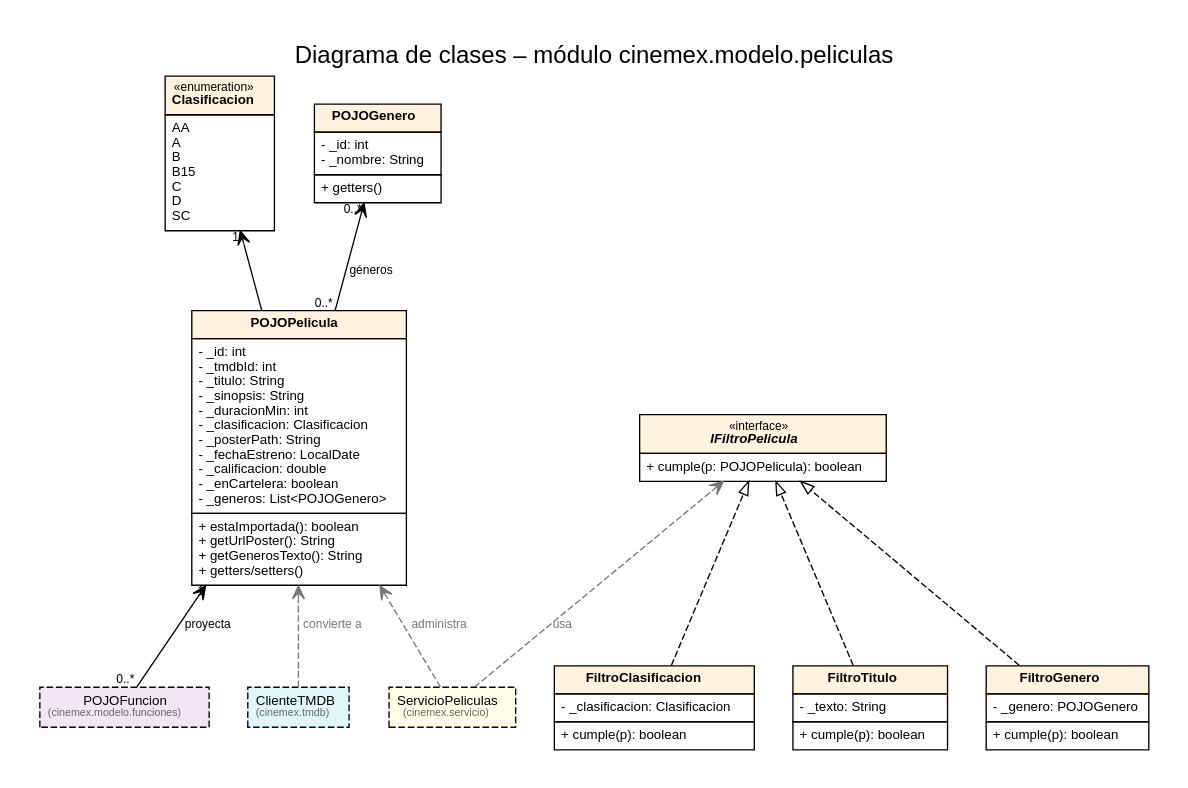
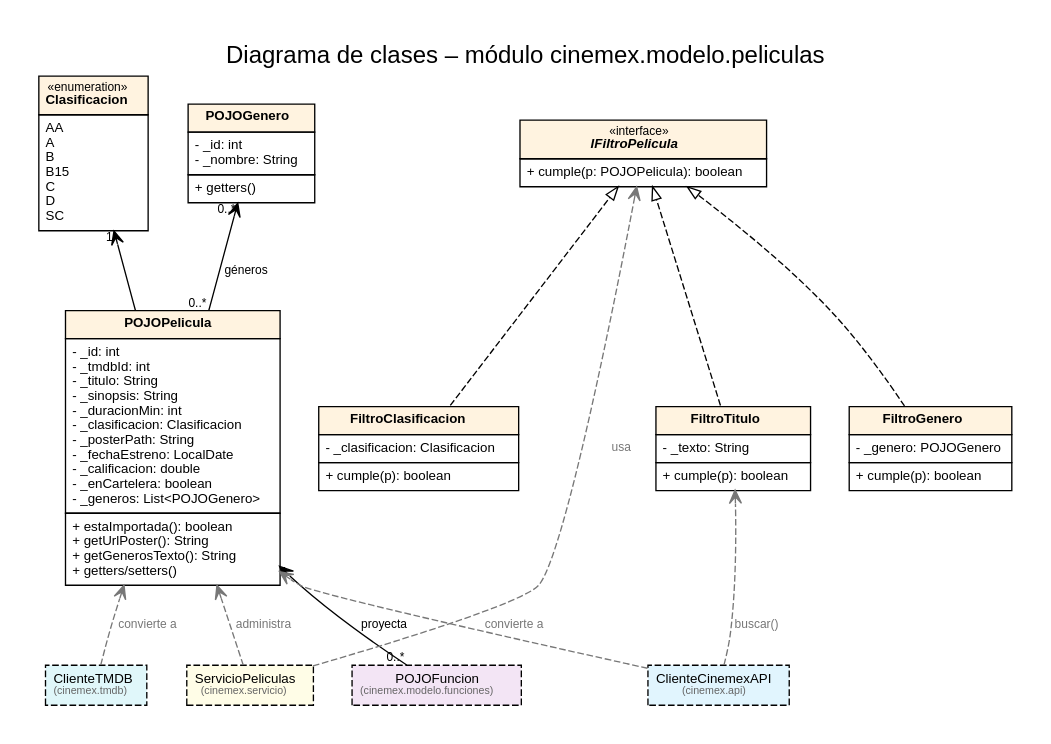
The diagram in docs/entrega2/diagramas/clases_peliculas.dot (JuanPablo4213/proyectofinal-cine-poo-otono-26), drawn with Graphviz before and after one commit. The commit also changed 31 other files, not shown here.

```diff
--- a/docs/entrega2/diagramas/clases_peliculas.dot
+++ b/docs/entrega2/diagramas/clases_peliculas.dot
@@ -1,24 +1,27 @@
 digraph G {
 graph [rankdir=BT, nodesep=0.4, ranksep=0.7, fontname="Helvetica", label="Diagrama de clases – módulo cinemex.modelo.peliculas", labelloc=t, fontsize=18, pad=0.3];
 node [shape=plain, fontname="Helvetica", fontsize=10];
 edge [fontname="Helvetica", fontsize=9];
 "Clasificacion" [label=<<TABLE BORDER="0" CELLBORDER="1" CELLSPACING="0" CELLPADDING="4"><TR><TD BGCOLOR="#FFF3E0"><FONT POINT-SIZE="9">«enumeration»</FONT><BR/><B>Clasificacion</B></TD></TR><TR><TD ALIGN="LEFT" BALIGN="LEFT">AA<BR ALIGN="LEFT"/>A<BR ALIGN="LEFT"/>B<BR ALIGN="LEFT"/>B15<BR ALIGN="LEFT"/>C<BR ALIGN="LEFT"/>D<BR ALIGN="LEFT"/>SC<BR ALIGN="LEFT"/></TD></TR></TABLE>>];
 "POJOGenero" [label=<<TABLE BORDER="0" CELLBORDER="1" CELLSPACING="0" CELLPADDING="4"><TR><TD BGCOLOR="#FFF3E0"><B>POJOGenero</B></TD></TR><TR><TD ALIGN="LEFT" BALIGN="LEFT">- _id: int<BR ALIGN="LEFT"/>- _nombre: String<BR ALIGN="LEFT"/></TD></TR><TR><TD ALIGN="LEFT" BALIGN="LEFT">+ getters()<BR ALIGN="LEFT"/></TD></TR></TABLE>>];
 "POJOPelicula" [label=<<TABLE BORDER="0" CELLBORDER="1" CELLSPACING="0" CELLPADDING="4"><TR><TD BGCOLOR="#FFF3E0"><B>POJOPelicula</B></TD></TR><TR><TD ALIGN="LEFT" BALIGN="LEFT">- _id: int<BR ALIGN="LEFT"/>- _tmdbId: int<BR ALIGN="LEFT"/>- _titulo: String<BR ALIGN="LEFT"/>- _sinopsis: String<BR ALIGN="LEFT"/>- _duracionMin: int<BR ALIGN="LEFT"/>- _clasificacion: Clasificacion<BR ALIGN="LEFT"/>- _posterPath: String<BR ALIGN="LEFT"/>- _fechaEstreno: LocalDate<BR ALIGN="LEFT"/>- _calificacion: double<BR ALIGN="LEFT"/>- _enCartelera: boolean<BR ALIGN="LEFT"/>- _generos: List&lt;POJOGenero&gt;<BR ALIGN="LEFT"/></TD></TR><TR><TD ALIGN="LEFT" BALIGN="LEFT">+ estaImportada(): boolean<BR ALIGN="LEFT"/>+ getUrlPoster(): String<BR ALIGN="LEFT"/>+ getGenerosTexto(): String<BR ALIGN="LEFT"/>+ getters/setters()<BR ALIGN="LEFT"/></TD></TR></TABLE>>];
 "IFiltroPelicula" [label=<<TABLE BORDER="0" CELLBORDER="1" CELLSPACING="0" CELLPADDING="4"><TR><TD BGCOLOR="#FFF3E0"><FONT POINT-SIZE="9">«interface»</FONT><BR/><B><I>IFiltroPelicula</I></B></TD></TR><TR><TD ALIGN="LEFT" BALIGN="LEFT">+ cumple(p: POJOPelicula): boolean<BR ALIGN="LEFT"/></TD></TR></TABLE>>];
 "FiltroTitulo" [label=<<TABLE BORDER="0" CELLBORDER="1" CELLSPACING="0" CELLPADDING="4"><TR><TD BGCOLOR="#FFF3E0"><B>FiltroTitulo</B></TD></TR><TR><TD ALIGN="LEFT" BALIGN="LEFT">- _texto: String<BR ALIGN="LEFT"/></TD></TR><TR><TD ALIGN="LEFT" BALIGN="LEFT">+ cumple(p): boolean<BR ALIGN="LEFT"/></TD></TR></TABLE>>];
 "FiltroGenero" [label=<<TABLE BORDER="0" CELLBORDER="1" CELLSPACING="0" CELLPADDING="4"><TR><TD BGCOLOR="#FFF3E0"><B>FiltroGenero</B></TD></TR><TR><TD ALIGN="LEFT" BALIGN="LEFT">- _genero: POJOGenero<BR ALIGN="LEFT"/></TD></TR><TR><TD ALIGN="LEFT" BALIGN="LEFT">+ cumple(p): boolean<BR ALIGN="LEFT"/></TD></TR></TABLE>>];
 "FiltroClasificacion" [label=<<TABLE BORDER="0" CELLBORDER="1" CELLSPACING="0" CELLPADDING="4"><TR><TD BGCOLOR="#FFF3E0"><B>FiltroClasificacion</B></TD></TR><TR><TD ALIGN="LEFT" BALIGN="LEFT">- _clasificacion: Clasificacion<BR ALIGN="LEFT"/></TD></TR><TR><TD ALIGN="LEFT" BALIGN="LEFT">+ cumple(p): boolean<BR ALIGN="LEFT"/></TD></TR></TABLE>>];
 "POJOFuncion" [label=<<TABLE BORDER="0" CELLBORDER="1" CELLSPACING="0" CELLPADDING="5"><TR><TD BGCOLOR="#F3E5F5" STYLE="dashed">POJOFuncion<BR/><FONT POINT-SIZE="8" COLOR="#666666">(cinemex.modelo.funciones)</FONT></TD></TR></TABLE>>];
 "ServicioPeliculas" [label=<<TABLE BORDER="0" CELLBORDER="1" CELLSPACING="0" CELLPADDING="5"><TR><TD BGCOLOR="#FFFDE7" STYLE="dashed">ServicioPeliculas<BR/><FONT POINT-SIZE="8" COLOR="#666666">(cinemex.servicio)</FONT></TD></TR></TABLE>>];
 "ClienteTMDB" [label=<<TABLE BORDER="0" CELLBORDER="1" CELLSPACING="0" CELLPADDING="5"><TR><TD BGCOLOR="#E0F7FA" STYLE="dashed">ClienteTMDB<BR/><FONT POINT-SIZE="8" COLOR="#666666">(cinemex.tmdb)</FONT></TD></TR></TABLE>>];
+"ClienteCinemexAPI" [label=<<TABLE BORDER="0" CELLBORDER="1" CELLSPACING="0" CELLPADDING="5"><TR><TD BGCOLOR="#E1F5FE" STYLE="dashed">ClienteCinemexAPI<BR/><FONT POINT-SIZE="8" COLOR="#666666">(cinemex.api)</FONT></TD></TR></TABLE>>];
 "FiltroTitulo" -> "IFiltroPelicula" [arrowhead=empty, style=dashed];
 "FiltroGenero" -> "IFiltroPelicula" [arrowhead=empty, style=dashed];
 "FiltroClasificacion" -> "IFiltroPelicula" [arrowhead=empty, style=dashed];
+"ClienteCinemexAPI" -> "POJOPelicula" [arrowhead=vee, style=dashed, color="#777777", fontcolor="#777777", label="convierte a"];
+"ClienteCinemexAPI" -> "FiltroTitulo" [arrowhead=vee, style=dashed, color="#777777", fontcolor="#777777", label="buscar()"];
 "POJOPelicula" -> "POJOGenero" [arrowhead=vee, label="géneros", taillabel="0..*", headlabel="0..*"];
 "POJOPelicula" -> "Clasificacion" [arrowhead=vee, headlabel="1"];
 "POJOFuncion" -> "POJOPelicula" [arrowhead=vee, label="proyecta", taillabel="0..*", headlabel="1"];
 "ServicioPeliculas" -> "POJOPelicula" [arrowhead=vee, style=dashed, color="#777777", fontcolor="#777777", label="administra"];
 "ServicioPeliculas" -> "IFiltroPelicula" [arrowhead=vee, style=dashed, color="#777777", fontcolor="#777777", label="usa"];
 "ClienteTMDB" -> "POJOPelicula" [arrowhead=vee, style=dashed, color="#777777", fontcolor="#777777", label="convierte a"];
 }
```
